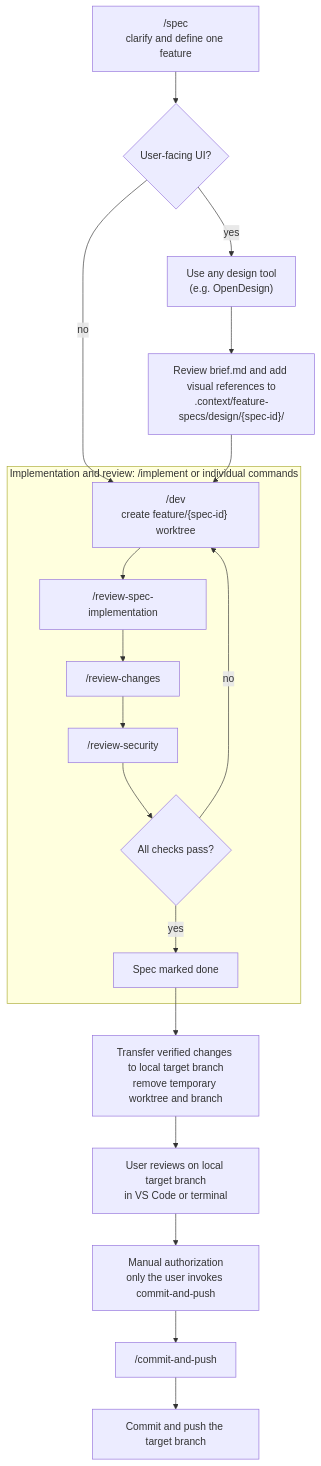
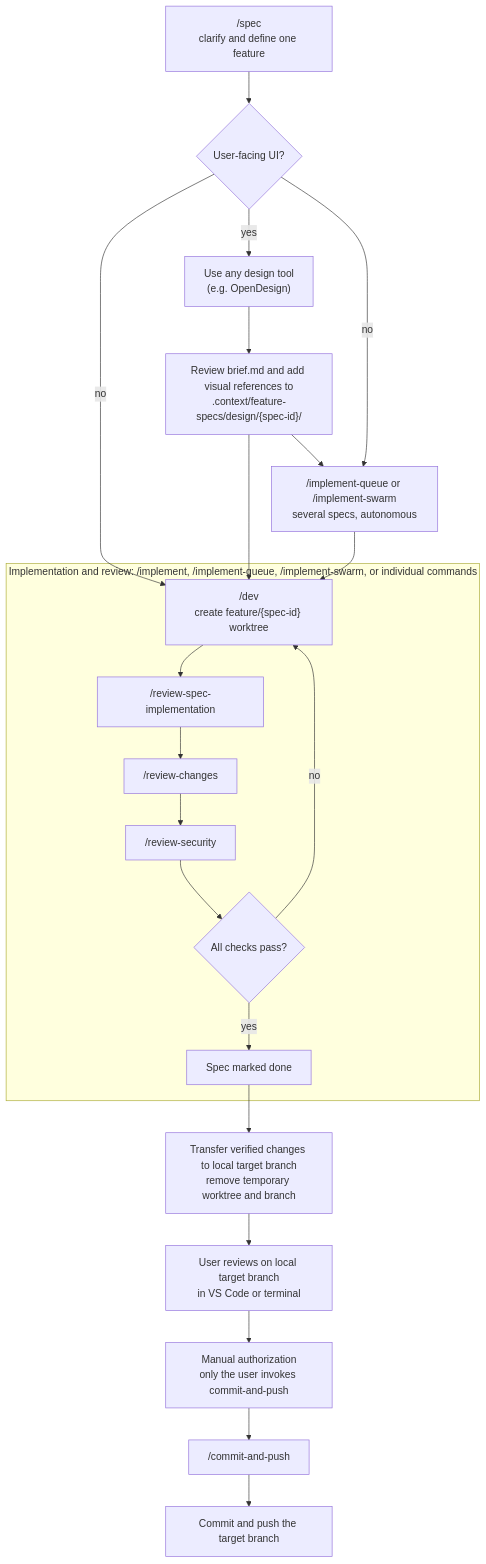
Before and after one commit to the-blue-coder/agentic-starter: the third of 4 diagrams in README.md, drawn with Mermaid. The commit also changed other lines of this file and 28 other files, not shown here.

````diff
--- a/README.md
+++ b/README.md
@@ -98,23 +98,26 @@
 ```mermaid
 flowchart TD
   spec["/spec<br/>clarify and define one feature"] --> ui{"User-facing UI?"}
   ui -- yes --> designTool["Use any design tool<br/>(e.g. OpenDesign)"]
   designTool --> export["Review brief.md and add visual references to<br/>.context/feature-specs/design/{spec-id}/"]
   ui -- no --> dev["/dev<br/>create feature/{spec-id} worktree"]
   export --> dev
+  export --> batch["/implement-queue or /implement-swarm<br/>several specs, autonomous"]
+  ui -- no --> batch
+  batch --> dev
 
-  subgraph reviewLoop["Implementation and review: /implement or individual commands"]
+  subgraph reviewLoop["Implementation and review: /implement, /implement-queue, /implement-swarm, or individual commands"]
     dev --> verify["/review-spec-implementation"]
     verify --> conventions["/review-changes"]
     conventions --> security["/review-security"]
     security --> clean{"All checks pass?"}
     clean -- no --> dev
     clean -- yes --> done["Spec marked done"]
   end
 
   done --> handoff["Transfer verified changes to local target branch<br/>remove temporary worktree and branch"]
   handoff --> localReview["User reviews on local target branch<br/>in VS Code or terminal"]
   localReview --> gate["Manual authorization<br/>only the user invokes commit-and-push"]
   gate --> ship["/commit-and-push"]
   ship --> pushed["Commit and push the target branch"]
 ```
````
